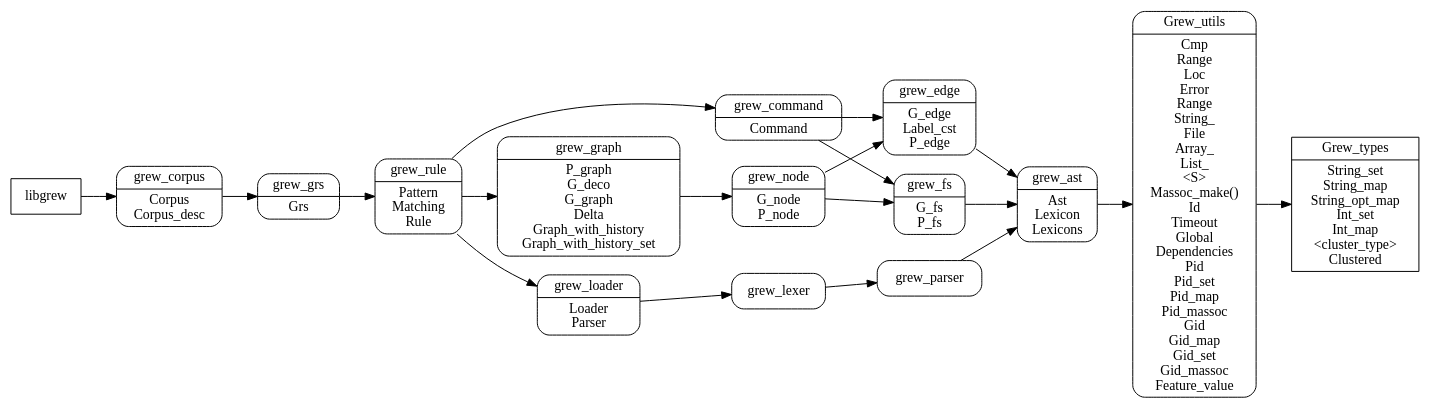
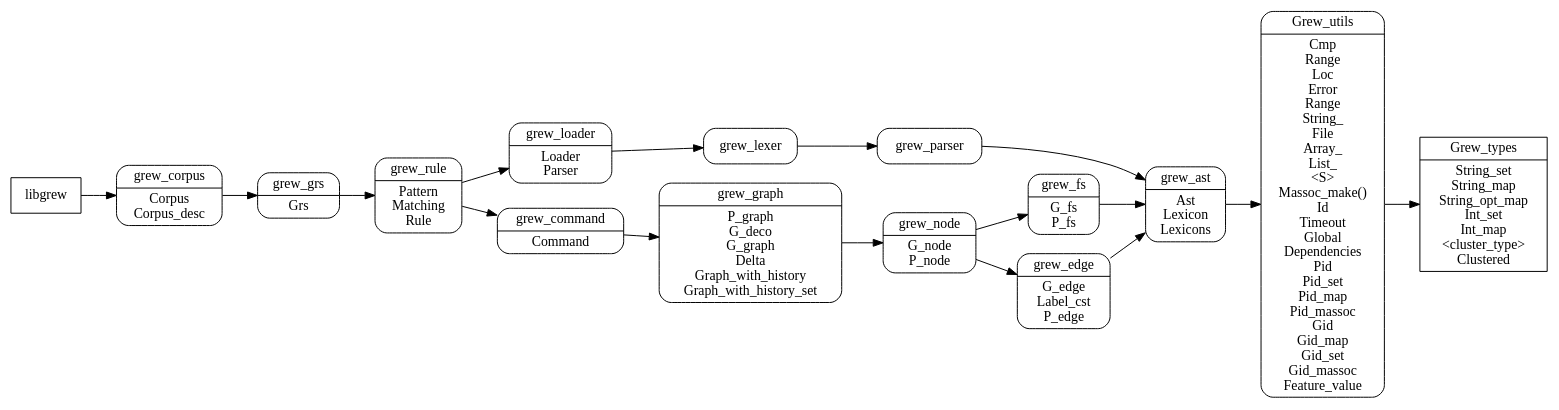
Before and after one commit to grew-nlp/grewlib: the diagram in dev/arch.dot, drawn with Graphviz. The commit also changed 6 other files, not shown here.

```diff
--- a/dev/arch.dot
+++ b/dev/arch.dot
@@ -1,32 +1,30 @@
 digraph grew {
   node [shape=Mrecord];
   rankdir = LR;
   Grew_types [fillcolor=yellow, shape=record, label="Grew_types|String_set\nString_map\nString_opt_map\nInt_set\nInt_map\n&lt;cluster_type&gt;\nClustered"]
   Grew_utils [label="Grew_utils|Cmp\nRange\nLoc\nError\nRange\nString_\nFile\nArray_\nList_\n&lt;S&gt;\nMassoc_make()\nId\nTimeout\nGlobal\nDependencies\nPid\nPid_set\nPid_map\nPid_massoc\nGid\nGid_map\nGid_set\nGid_massoc\nFeature_value"]
   grew_ast [label="grew_ast|Ast\nLexicon\nLexicons"]
   grew_loader [label="grew_loader|Loader\nParser"]
   grew_fs [label="grew_fs|G_fs\nP_fs"]
   grew_edge [label="grew_edge|G_edge\nLabel_cst\nP_edge"]
   grew_node [label="grew_node|G_node\nP_node"]
   grew_command [label="grew_command|Command"]
   grew_graph [label="grew_graph|P_graph\nG_deco\nG_graph\nDelta\nGraph_with_history\nGraph_with_history_set"]
   grew_rule [label="grew_rule|Pattern\nMatching\nRule"]
   grew_grs [label="grew_grs|Grs"]
   grew_corpus [label="grew_corpus|Corpus\nCorpus_desc"]
   libgrew [fillcolor=yellow, shape=record]
 grew_ast -> Grew_utils -> Grew_types
 grew_edge -> grew_ast
 grew_fs -> grew_ast
-grew_command -> grew_edge
-grew_command -> grew_fs
+grew_command -> grew_graph
 grew_node -> grew_edge
 grew_node -> grew_fs
 grew_graph -> grew_node
 grew_rule -> grew_command
-grew_rule -> grew_graph
 grew_grs -> grew_rule
 grew_rule -> grew_loader -> grew_lexer -> grew_parser -> grew_ast
 grew_corpus -> grew_grs
 libgrew -> grew_corpus
 
 }
```
